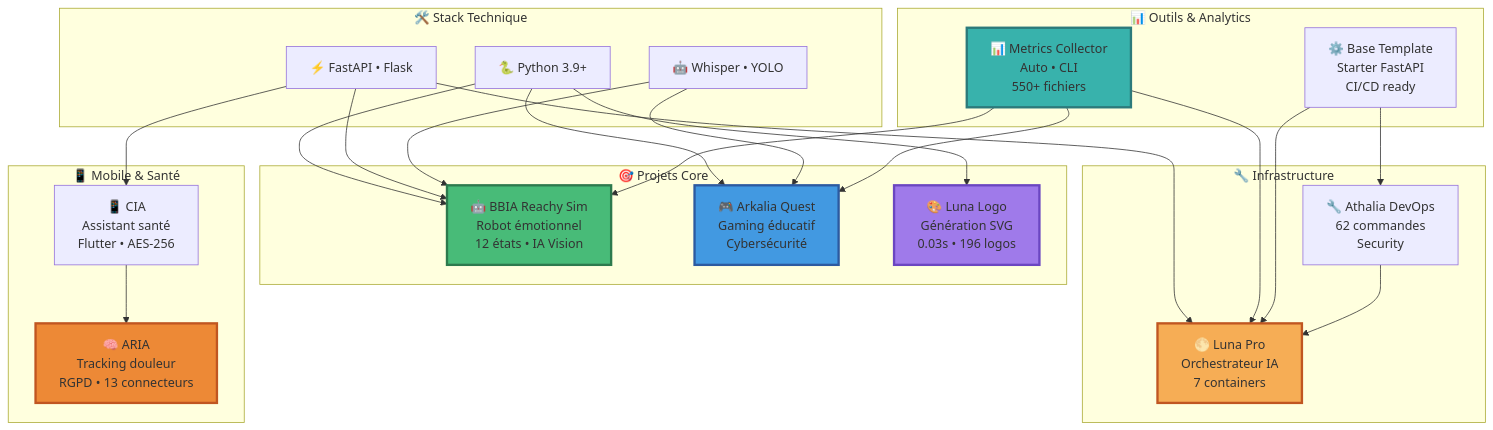
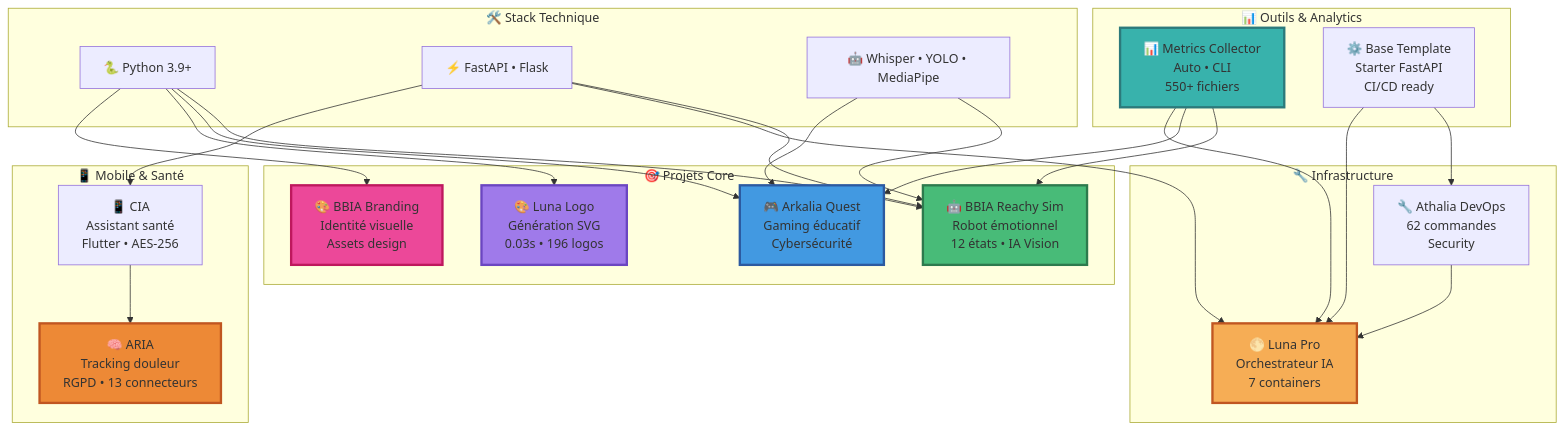
Before and after one commit to arkalia-luna-system/arkalia-luna-system: the first of 2 diagrams in README.md, drawn with Mermaid. The commit also changed other lines of this file, not shown here.

Commit message:
feat: amélioration profil avec BBIA v1.3.2, BBIA Branding, MediaPipe/DeepFace et 11 projets

````diff
--- a/README.md
+++ b/README.md
@@ -205,57 +208,60 @@
 ```mermaid
 flowchart TB
     subgraph stack["🛠️ Stack Technique"]
         PYTHON["🐍 Python 3.9+"]
         APIS["⚡ FastAPI • Flask"]
-        AI["🤖 Whisper • YOLO"]
+        AI["🤖 Whisper • YOLO • MediaPipe"]
     end
     
     subgraph core["🎯 Projets Core"]
         BBIA["🤖 BBIA Reachy Sim<br/>Robot émotionnel<br/>12 états • IA Vision"]
         QUEST["🎮 Arkalia Quest<br/>Gaming éducatif<br/>Cybersécurité"]
         LOGO["🎨 Luna Logo<br/>Génération SVG<br/>0.03s • 196 logos"]
+        BRANDING["🎨 BBIA Branding<br/>Identité visuelle<br/>Assets design"]
     end
     
     subgraph infra["🔧 Infrastructure"]
         ATHALIA["🔧 Athalia DevOps<br/>62 commandes<br/>Security"]
         LUNA["🌕 Luna Pro<br/>Orchestrateur IA<br/>7 containers"]
     end
     
     subgraph mobile["📱 Mobile & Santé"]
         CIA["📱 CIA<br/>Assistant santé<br/>Flutter • AES-256"]
         ARIA["🧠 ARIA<br/>Tracking douleur<br/>RGPD • 13 connecteurs"]
     end
     
     subgraph utils["📊 Outils & Analytics"]
         METRICS["📊 Metrics Collector<br/>Auto • CLI<br/>550+ fichiers"]
         TEMPLATE["⚙️ Base Template<br/>Starter FastAPI<br/>CI/CD ready"]
     end
     
     PYTHON --> BBIA
     PYTHON --> QUEST
     PYTHON --> LOGO
+    PYTHON --> BRANDING
     
     APIS --> BBIA
     APIS --> LUNA
     APIS --> CIA
     
     AI --> BBIA
     AI --> QUEST
     
     METRICS --> BBIA
     METRICS --> QUEST
     METRICS --> LUNA
     
     TEMPLATE --> ATHALIA
     TEMPLATE --> LUNA
     
     ATHALIA --> LUNA
     CIA --> ARIA
     
     style BBIA fill:#48bb78,stroke:#2d7a4d,stroke-width:3px
     style QUEST fill:#4299e1,stroke:#2c5aa0,stroke-width:3px
     style LOGO fill:#9f7aea,stroke:#6b46c1,stroke-width:3px
     style LUNA fill:#f6ad55,stroke:#c05621,stroke-width:3px
     style ARIA fill:#ed8936,stroke:#c05621,stroke-width:3px
     style METRICS fill:#38b2ac,stroke:#2c7a7b,stroke-width:3px
+    style BRANDING fill:#ec4899,stroke:#be185d,stroke-width:3px
 ```
````
